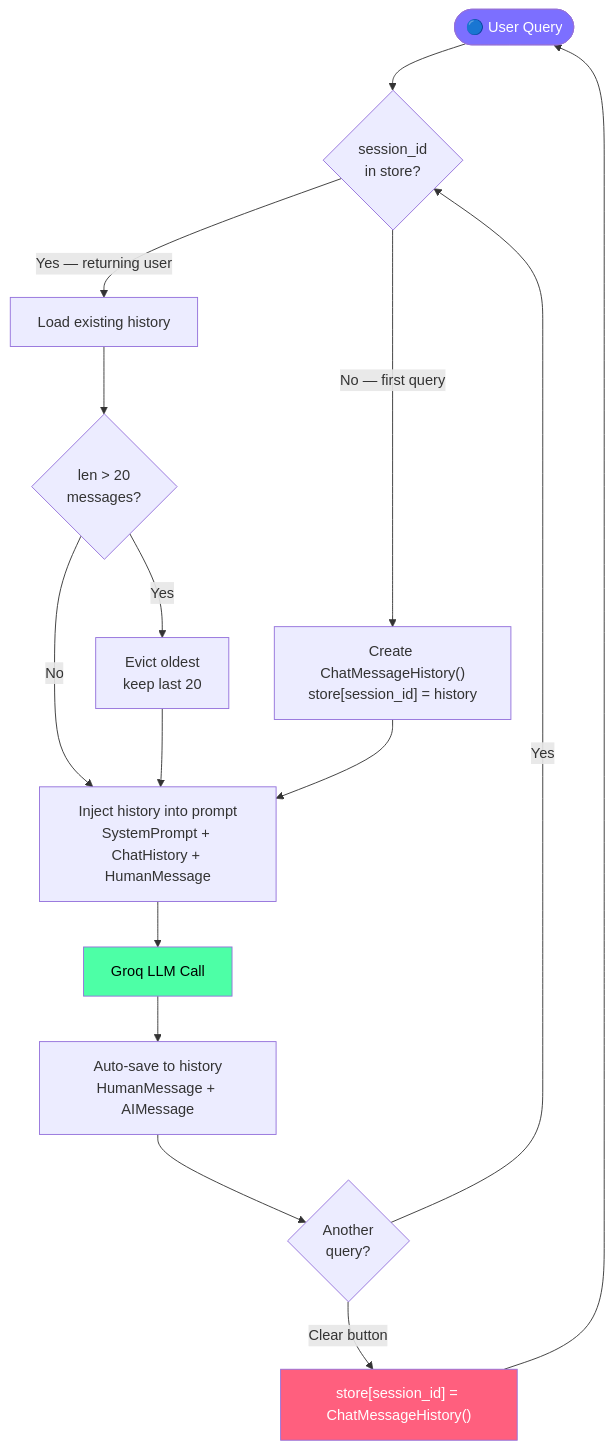
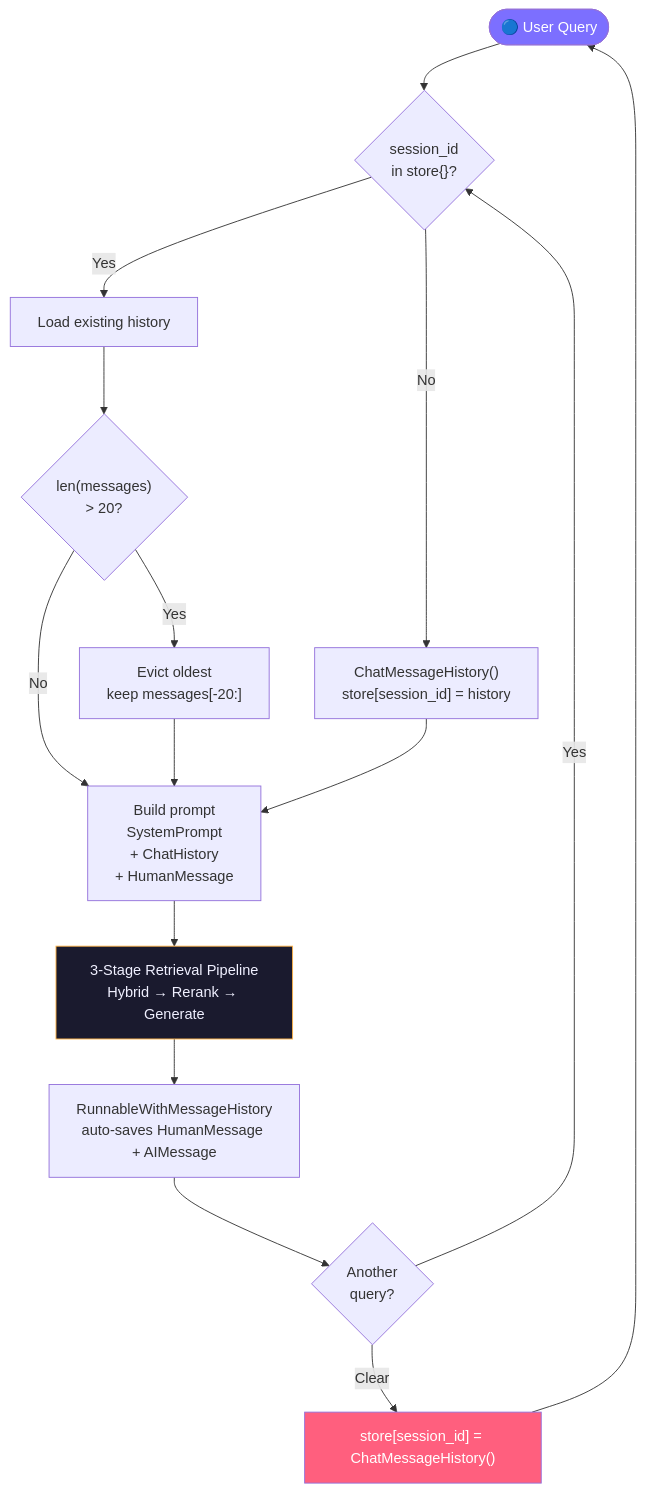
One commit to ratishoberoi/Veritas-RAG changed the sixth of 6 diagrams in README.md. Above: the diagram before and after it, drawn with Mermaid. The commit also changed other lines of this file and 2 other files, not shown here.

Commit message:
Updated the vector_store and README

````diff
--- a/README.md
+++ b/README.md
@@ -249,26 +309,26 @@
 ```mermaid
 flowchart TD
-    START(["🔵 User Query"]) --> CHECK{session_id\nin store?}
+    START(["🔵 User Query"]) --> CHECK{"session_id\nin store{}?"}
 
-    CHECK -->|"No — first query"| CREATE["Create ChatMessageHistory()\nstore[session_id] = history"]
-    CHECK -->|"Yes — returning user"| LOAD["Load existing history"]
+    CHECK -->|"No"| CREATE["ChatMessageHistory()\nstore[session_id] = history"]
+    CHECK -->|"Yes"| LOAD["Load existing history"]
 
-    LOAD --> TRIM{"len > 20\nmessages?"}
-    TRIM -->|"Yes"| EVICT["Evict oldest\nkeep last 20"]
+    LOAD --> TRIM{"len(messages)\n> 20?"}
+    TRIM -->|"Yes"| EVICT["Evict oldest\nkeep messages[-20:]"]
     TRIM -->|"No"| INJECT
     EVICT --> INJECT
 
-    CREATE --> INJECT["Inject history into prompt\nSystemPrompt + ChatHistory + HumanMessage"]
+    CREATE --> INJECT["Build prompt\nSystemPrompt\n+ ChatHistory\n+ HumanMessage"]
 
-    INJECT --> LLM["Groq LLM Call"]
-    LLM --> SAVE["Auto-save to history\nHumanMessage + AIMessage"]
+    INJECT --> PIPELINE["3-Stage Retrieval Pipeline\nHybrid → Rerank → Generate"]
+    PIPELINE --> SAVE["RunnableWithMessageHistory\nauto-saves HumanMessage + AIMessage"]
 
-    SAVE --> NEXT{Another\nquery?}
+    SAVE --> NEXT{"Another\nquery?"}
     NEXT -->|"Yes"| CHECK
-    NEXT -->|"Clear button"| RESET["store[session_id] = ChatMessageHistory()"]
+    NEXT -->|"Clear"| RESET["store[session_id] = ChatMessageHistory()"]
     RESET --> START
 
     style START fill:#7c6fff,color:#fff
     style RESET fill:#ff5f7e,color:#fff
-    style LLM fill:#4dffa6,color:#000
+    style PIPELINE fill:#1a1a2e,stroke:#ffb347,color:#f0f0ff
 ```
````
